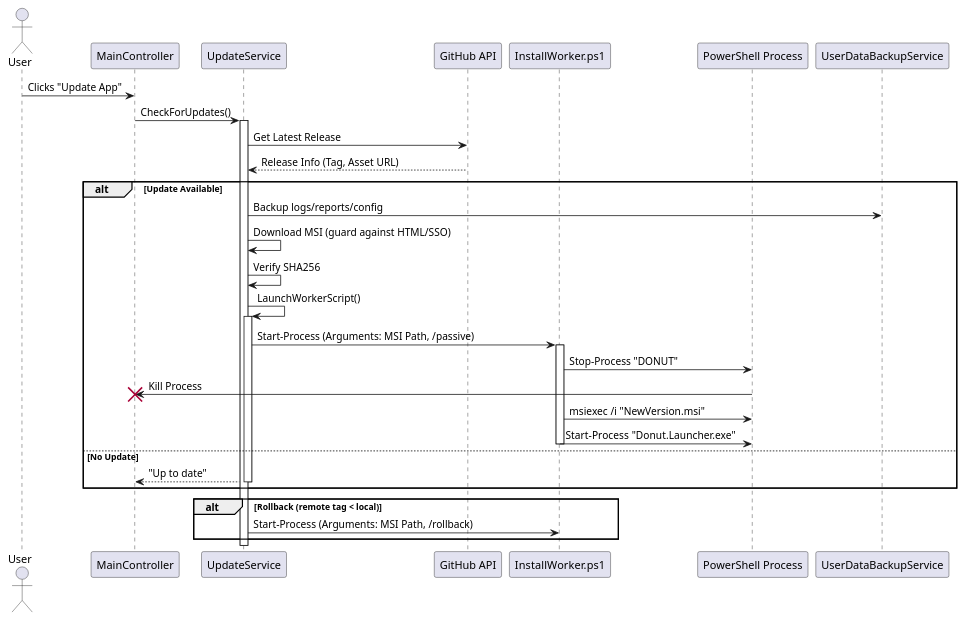
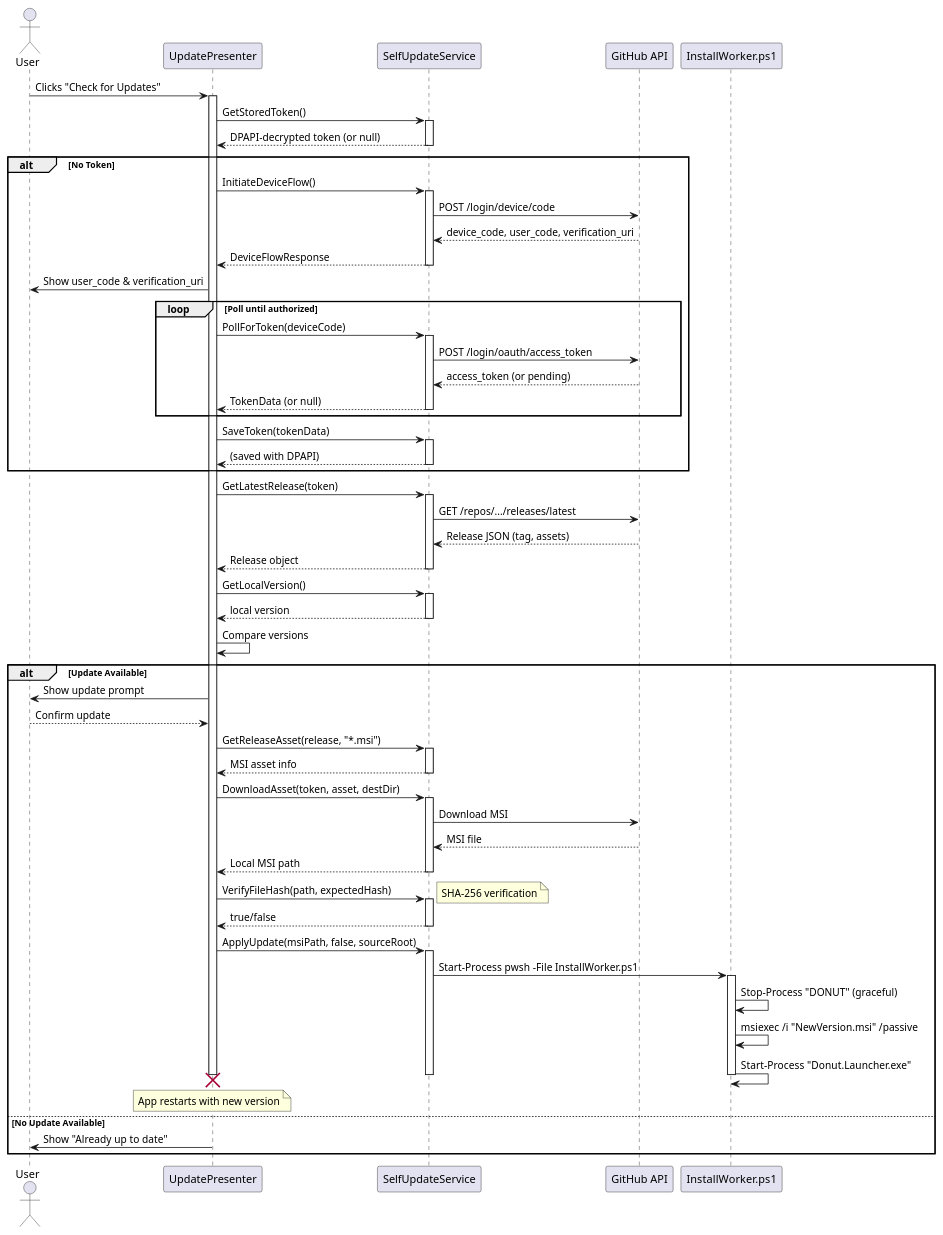
The diagram in docs/diagrams/update_sequence_diagram.puml (Danial-Changez/DONUT), drawn with PlantUML before and after one commit. The commit also changed 119 other files, not shown here.

```diff
--- a/docs/diagrams/update_sequence_diagram.puml
+++ b/docs/diagrams/update_sequence_diagram.puml
@@ -1,45 +1,98 @@
-@startuml
+@startuml Self-Update Sequence Diagram
 actor User
-participant "MainController" as Ctrl
-participant "UpdateService" as Updater
+participant "UpdatePresenter" as Presenter
+participant "SelfUpdateService" as Service
 participant "GitHub API" as GH
 participant "InstallWorker.ps1" as Worker
-participant "PowerShell Process" as PS
-participant "UserDataBackupService" as Backup
 
-User -> Ctrl: Clicks "Update App"
-Ctrl -> Updater: CheckForUpdates()
-activate Updater
+User -> Presenter: Clicks "Check for Updates"
+activate Presenter
 
-Updater -> GH: Get Latest Release
-GH --> Updater: Release Info (Tag, Asset URL)
+Presenter -> Service: GetStoredToken()
+activate Service
+Service --> Presenter: DPAPI-decrypted token (or null)
+deactivate Service
+
+alt No Token
+    Presenter -> Service: InitiateDeviceFlow()
+    activate Service
+    Service -> GH: POST /login/device/code
+    GH --> Service: device_code, user_code, verification_uri
+    Service --> Presenter: DeviceFlowResponse
+    deactivate Service
+    
+    Presenter -> User: Show user_code & verification_uri
+    
+    loop Poll until authorized
+        Presenter -> Service: PollForToken(deviceCode)
+        activate Service
+        Service -> GH: POST /login/oauth/access_token
+        GH --> Service: access_token (or pending)
+        Service --> Presenter: TokenData (or null)
+        deactivate Service
+    end
+    
+    Presenter -> Service: SaveToken(tokenData)
+    activate Service
+    Service --> Presenter: (saved with DPAPI)
+    deactivate Service
+end
+
+Presenter -> Service: GetLatestRelease(token)
+activate Service
+Service -> GH: GET /repos/.../releases/latest
+GH --> Service: Release JSON (tag, assets)
+Service --> Presenter: Release object
+deactivate Service
+
+Presenter -> Service: GetLocalVersion()
+activate Service
+Service --> Presenter: local version
+deactivate Service
+
+Presenter -> Presenter: Compare versions
 
 alt Update Available
-    Updater -> Backup: Backup logs/reports/config
-    Updater -> Updater: Download MSI (guard against HTML/SSO)
-    Updater -> Updater: Verify SHA256
+    Presenter -> User: Show update prompt
+    User --> Presenter: Confirm update
     
-    Updater -> Updater: LaunchWorkerScript()
-    activate Updater
+    Presenter -> Service: GetReleaseAsset(release, "*.msi")
+    activate Service
+    Service --> Presenter: MSI asset info
+    deactivate Service
     
-    Updater -> Worker: Start-Process (Arguments: MSI Path, /passive)
+    Presenter -> Service: DownloadAsset(token, asset, destDir)
+    activate Service
+    Service -> GH: Download MSI
+    GH --> Service: MSI file
+    Service --> Presenter: Local MSI path
+    deactivate Service
+    
+    Presenter -> Service: VerifyFileHash(path, expectedHash)
+    activate Service
+    note right: SHA-256 verification
+    Service --> Presenter: true/false
+    deactivate Service
+    
+    Presenter -> Service: ApplyUpdate(msiPath, false, sourceRoot)
+    activate Service
+    
+    Service -> Worker: Start-Process pwsh -File InstallWorker.ps1
     activate Worker
     
-    Worker -> PS: Stop-Process "DONUT"
-    PS -> Ctrl: Kill Process
-    deactivate Ctrl
-    destroy Ctrl
+    Worker -> Worker: Stop-Process "DONUT" (graceful)
+    Worker -> Worker: msiexec /i "NewVersion.msi" /passive
+    Worker -> Worker: Start-Process "Donut.Launcher.exe"
     
-    Worker -> PS: msiexec /i "NewVersion.msi"
+    deactivate Worker
+    deactivate Service
     
-    Worker -> PS: Start-Process "Donut.Launcher.exe"
-    deactivate Worker
-else No Update
-    Updater --> Ctrl: "Up to date"
-    deactivate Updater
+    destroy Presenter
+    note over Presenter: App restarts with new version
+    
+else No Update Available
+    Presenter -> User: Show "Already up to date"
 end
 
-alt Rollback (remote tag < local)
-    Updater -> Worker: Start-Process (Arguments: MSI Path, /rollback)
-end
+deactivate Presenter
 @enduml
```
